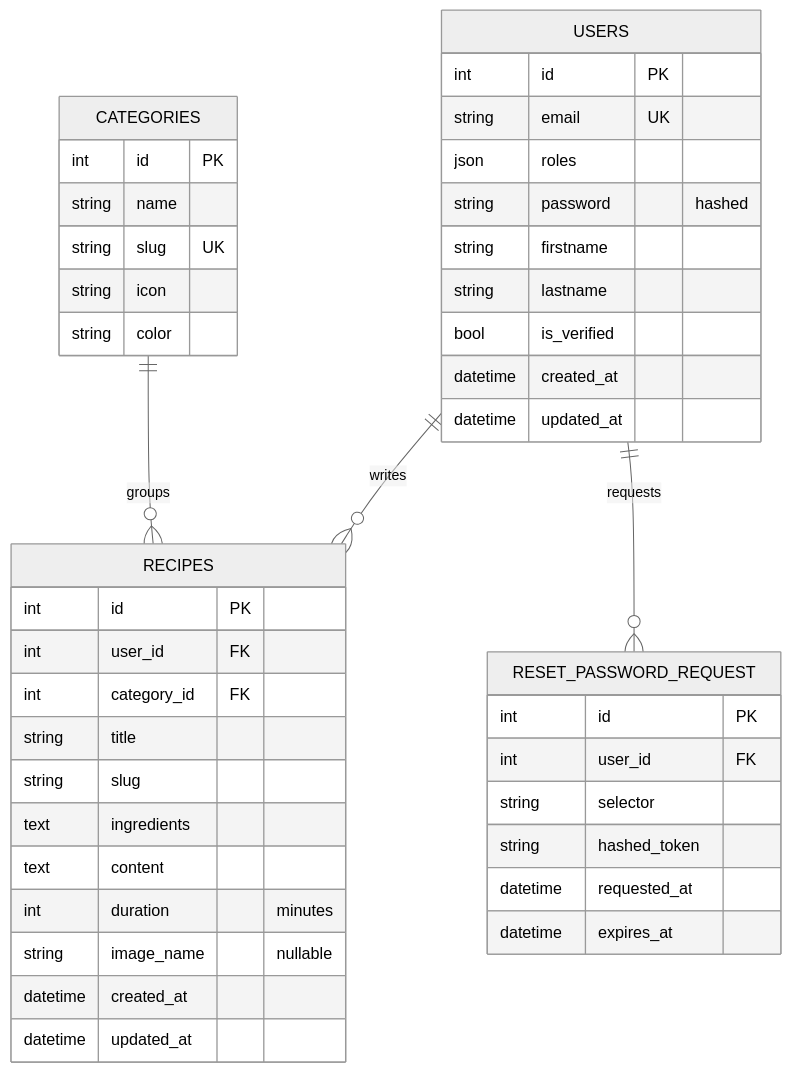
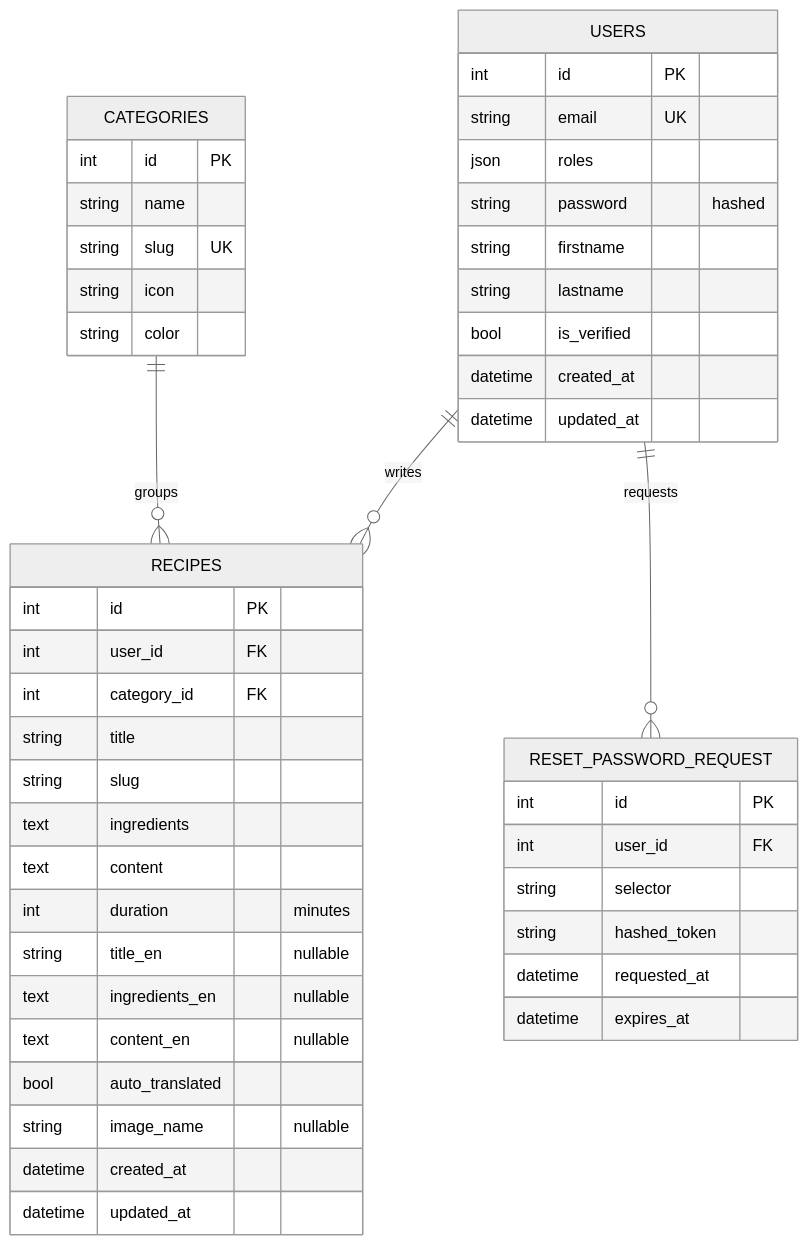
The diagram in README.md (puremax-lab/RecetteVie), drawn with Mermaid (neutral theme) before and after one commit. The commit also changed other lines of this file and 9 other files, not shown here.

````diff
--- a/README.md
+++ b/README.md
@@ -68,46 +70,50 @@
 ```mermaid
 erDiagram
     USERS ||--o{ RECIPES : writes
     CATEGORIES ||--o{ RECIPES : groups
     USERS ||--o{ RESET_PASSWORD_REQUEST : requests
 
     USERS {
         int id PK
         string email UK
         json roles
         string password "hashed"
         string firstname
         string lastname
         bool is_verified
         datetime created_at
         datetime updated_at
     }
     CATEGORIES {
         int id PK
         string name
         string slug UK
         string icon
         string color
     }
     RECIPES {
         int id PK
         int user_id FK
         int category_id FK
         string title
         string slug
         text ingredients
         text content
         int duration "minutes"
+        string title_en "nullable"
+        text ingredients_en "nullable"
+        text content_en "nullable"
+        bool auto_translated
         string image_name "nullable"
         datetime created_at
         datetime updated_at
     }
     RESET_PASSWORD_REQUEST {
         int id PK
         int user_id FK
         string selector
         string hashed_token
         datetime requested_at
         datetime expires_at
     }
 ```
````
